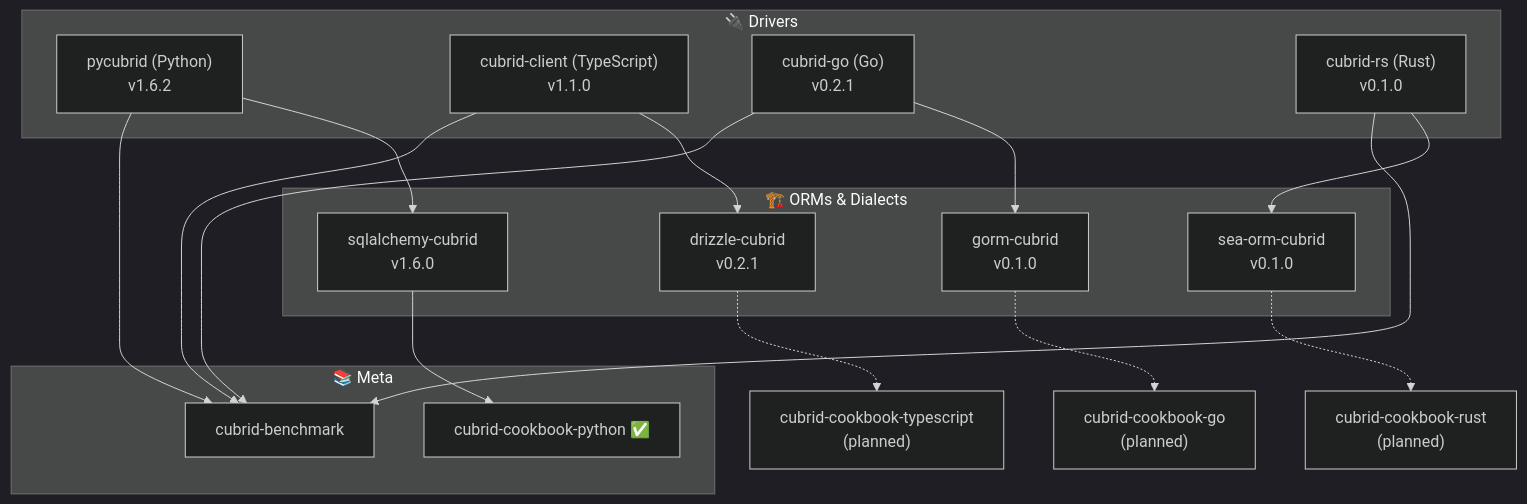
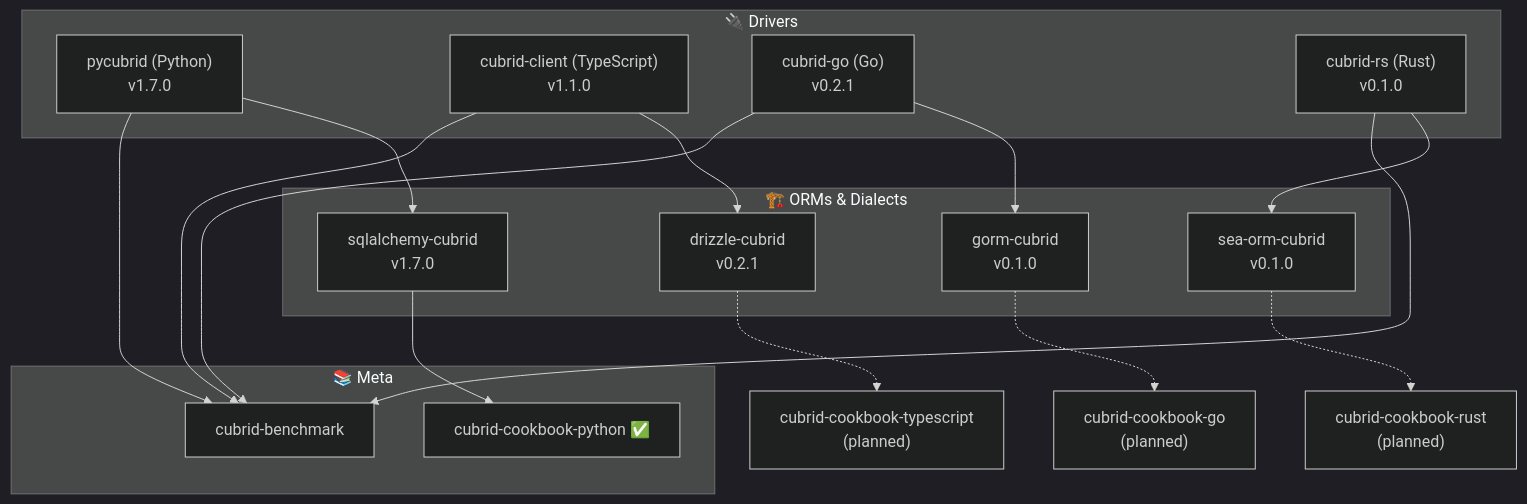
Before and after one commit to cubrid-lab/.github: the first of 2 diagrams in ROADMAP.md, drawn with Mermaid (dark theme). The commit also changed other lines of this file and 2 other files, not shown here.

First line of the commit message:
docs: bump published versions (pycubrid/sqlalchemy-cubrid v1.7.0, cubrid-mcp-server v0.3.1) (#30)

````diff
--- a/ROADMAP.md
+++ b/ROADMAP.md
@@ -15,36 +15,36 @@
 ```mermaid
 graph TD
     subgraph Drivers["🔌 Drivers"]
-        pycubrid["pycubrid (Python)\nv1.6.2"]
+        pycubrid["pycubrid (Python)\nv1.7.0"]
         cubrid_client["cubrid-client (TypeScript)\nv1.1.0"]
         cubrid_go["cubrid-go (Go)\nv0.2.1"]
         cubrid_rs["cubrid-rs (Rust)\nv0.1.0"]
     end
 
     subgraph ORMs["🏗️ ORMs & Dialects"]
-        sqlalchemy["sqlalchemy-cubrid\nv1.6.0"]
+        sqlalchemy["sqlalchemy-cubrid\nv1.7.0"]
         drizzle["drizzle-cubrid\nv0.2.1"]
         gorm["gorm-cubrid\nv0.1.0"]
         sea_orm["sea-orm-cubrid\nv0.1.0"]
     end
 
     subgraph Meta["📚 Meta"]
         cookbook_py["cubrid-cookbook-python ✅"]
         benchmark["cubrid-benchmark"]
     end
 
     pycubrid --> sqlalchemy
     cubrid_client --> drizzle
     cubrid_go --> gorm
     cubrid_rs --> sea_orm
 
     sqlalchemy --> cookbook_py
     drizzle -.-> cookbook_ts["cubrid-cookbook-typescript\n(planned)"]
     gorm -.-> cookbook_go["cubrid-cookbook-go\n(planned)"]
     sea_orm -.-> cookbook_rs["cubrid-cookbook-rust\n(planned)"]
 
     pycubrid --> benchmark
     cubrid_client --> benchmark
     cubrid_go --> benchmark
     cubrid_rs --> benchmark
 ```
````
